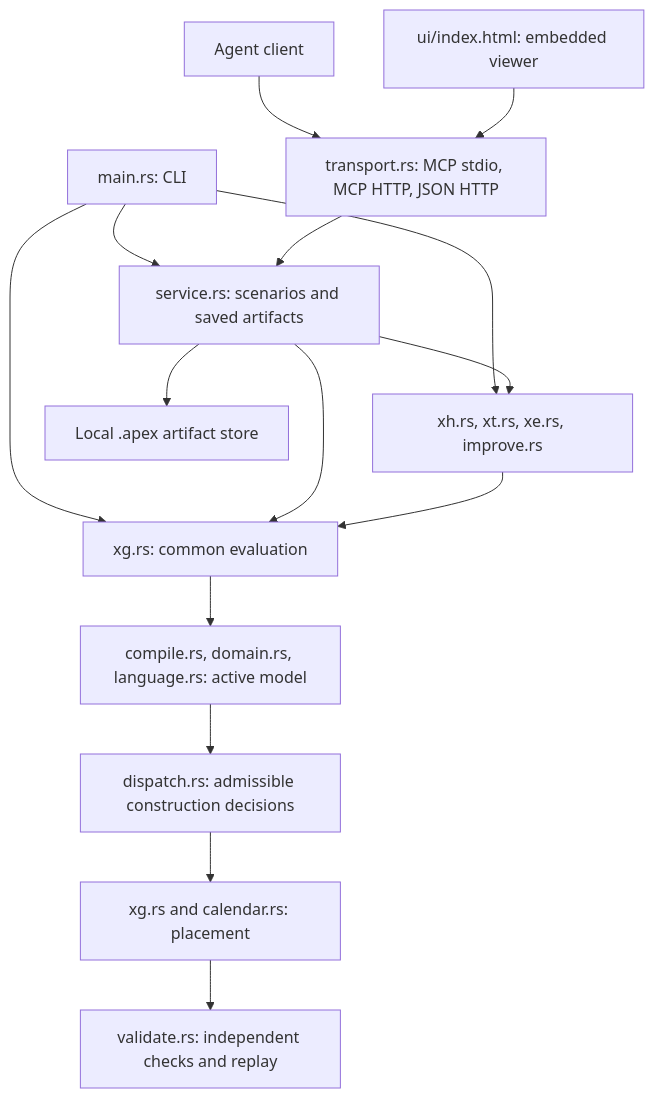
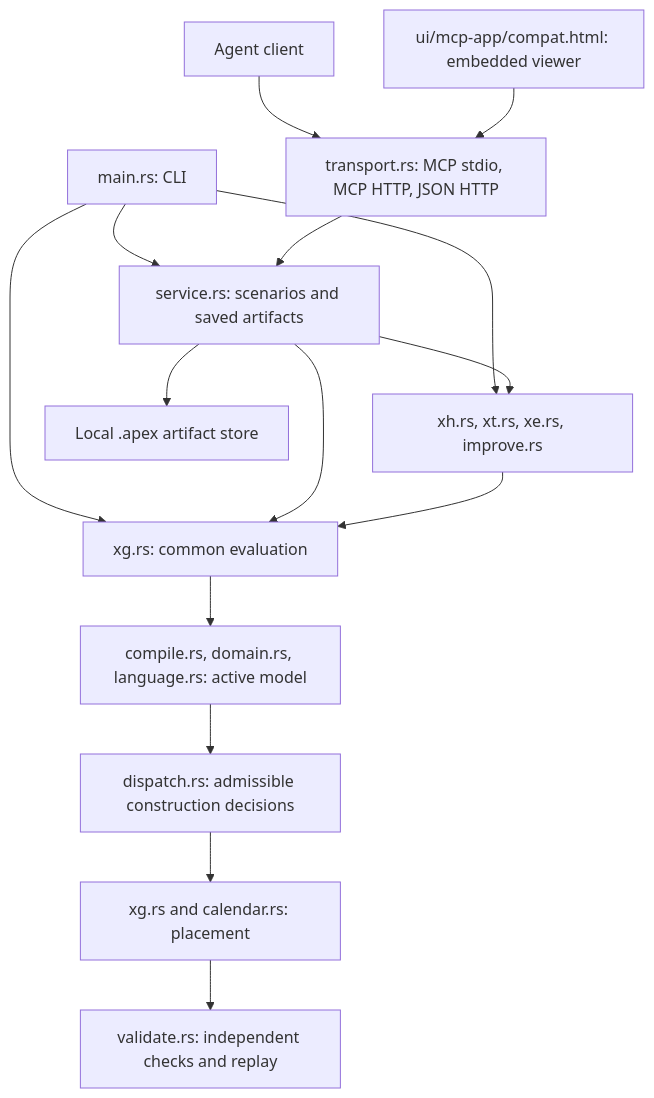
Before and after one commit to qunevo/apex: the first of 2 diagrams in app/docs/architecture/README.md, drawn with Mermaid. The commit also changed other lines of this file and 80 other files, not shown here.

Commit message:
Group middleware and clients; bind configured packages and expose MCP App

````diff
--- a/app/docs/architecture/README.md
+++ b/app/docs/architecture/README.md
@@ -11,17 +11,17 @@
 ```mermaid
 flowchart TD
   Agent[Agent client] --> Transport[transport.rs: MCP stdio, MCP HTTP, JSON HTTP]
-  Viewer[ui/index.html: embedded viewer] --> Transport
+  Viewer[ui/mcp-app/compat.html: embedded viewer] --> Transport
   CLI[main.rs: CLI] --> Service[service.rs: scenarios and saved artifacts]
   Transport --> Service
   CLI --> Search[xh.rs, xt.rs, xe.rs, improve.rs]
   CLI --> Engine[xg.rs: common evaluation]
   Service --> Search
   Service --> Engine
   Search --> Engine
   Engine --> Model[compile.rs, domain.rs, language.rs: active model]
   Model --> Dispatch[dispatch.rs: admissible construction decisions]
   Dispatch --> Decode[xg.rs and calendar.rs: placement]
   Decode --> Validate[validate.rs: independent checks and replay]
   Service --> Store[Local .apex artifact store]
 ```
````
